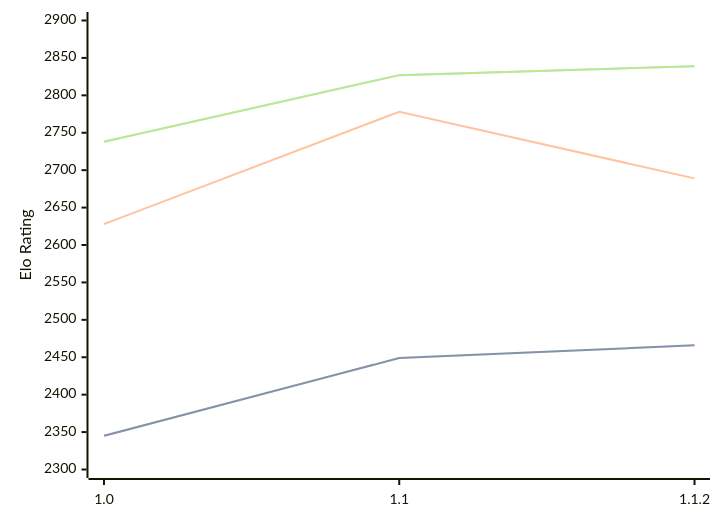
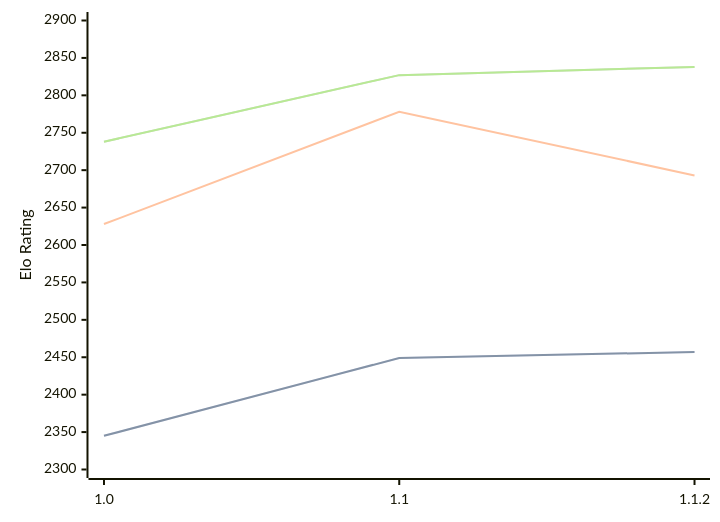
The diagram in engines/Casanchess.md (computer-chess-index/cci), drawn with Mermaid before and after one commit. The commit also changed other lines of this file, not shown here.

Commit message:
Update CCI Ratings (ELO VLTC) - 2026-09-12

````diff
--- a/engines/Casanchess.md
+++ b/engines/Casanchess.md
@@ -33,11 +33,11 @@
 ```mermaid
 %%{init: {"theme":"base","themeVariables":{"seriesColors:['#a3a3a3','#222221','#faa371']}}}%%
 xychart-beta
   x-axis ["1.0", "1.1", "1.1.2"]
   y-axis "Elo Rating" 2300 --> 2900
-  line "" [2345, 2449, 2466]
-  line "STC (8.0+0.08s)" [2345, 2449, 2466]
-  line "LTC (60.0+0.60s)" [2628, 2778, 2689]
-  line "" [2738, 2827, 2839]
-  line "VLTC (2m24s+1.12s)" [2738, 2827, 2839]
+  line "" [2345, 2449, 2457]
+  line "STC (8.0+0.08s)" [2345, 2449, 2457]
+  line "LTC (60.0+0.60s)" [2628, 2778, 2693]
+  line "" [2738, 2827, 2838]
+  line "VLTC (2m24s+1.12s)" [2738, 2827, 2838]
 ```
````
